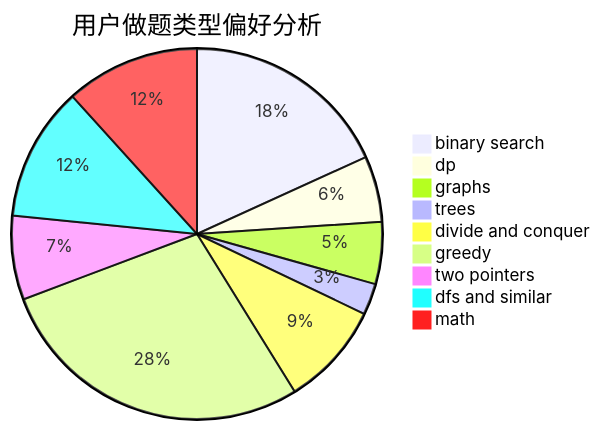
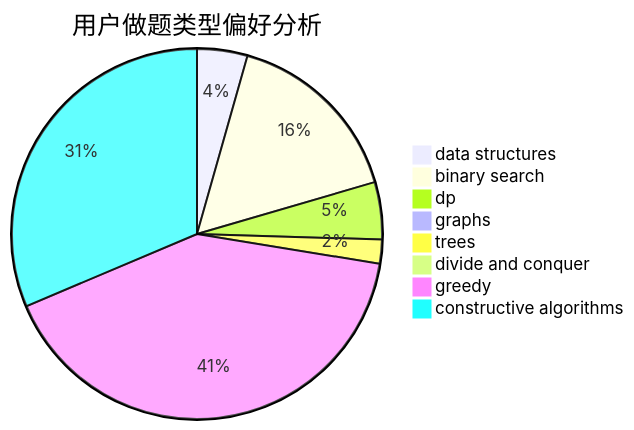
The second of 3 diagrams in docs/user/u920.md (sherpahu/cfrs.github.io), drawn with Mermaid before and after one commit. The commit also changed other lines of this file and 2775 other files, not shown here.

````diff
--- a/docs/user/u920.md
+++ b/docs/user/u920.md
@@ -23,12 +23,11 @@
 ```mermaid
 pie title 用户做题类型偏好分析
-    "binary search" :  373
-    "dp" :  118
-    "graphs" :  111
-    "trees" :  56
-    "divide and conquer" :  186
-    "greedy" :  576
-    "two pointers" :  150
-    "dfs and similar" :  240
-    "math" :  240
+    "data structures" :  44
+    "binary search" :  161
+    "dp" :  50
+    "graphs" :  7
+    "trees" :  21
+    "divide and conquer" :  0
+    "greedy" :  411
+    "constructive algorithms" :  314
 ```
````
